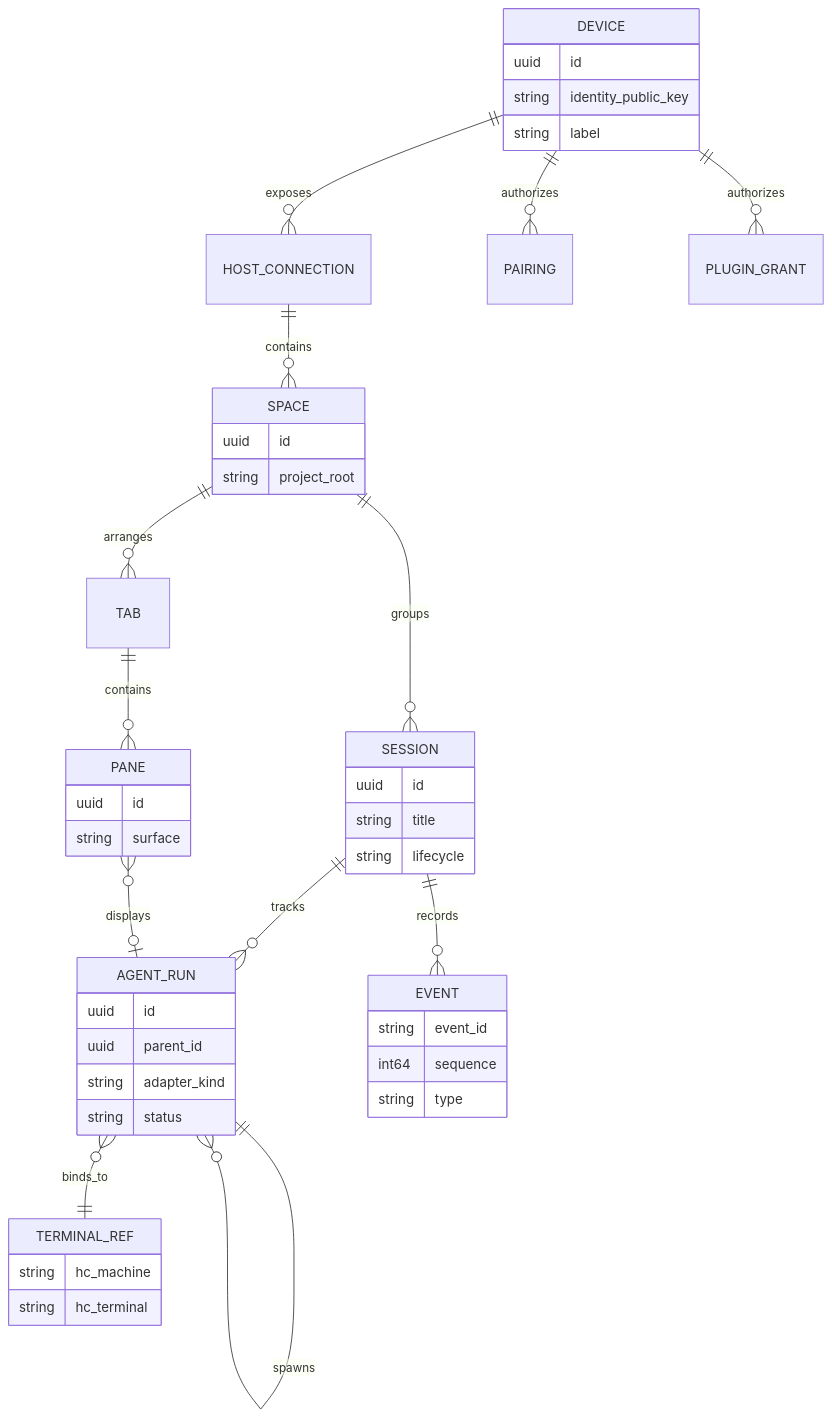
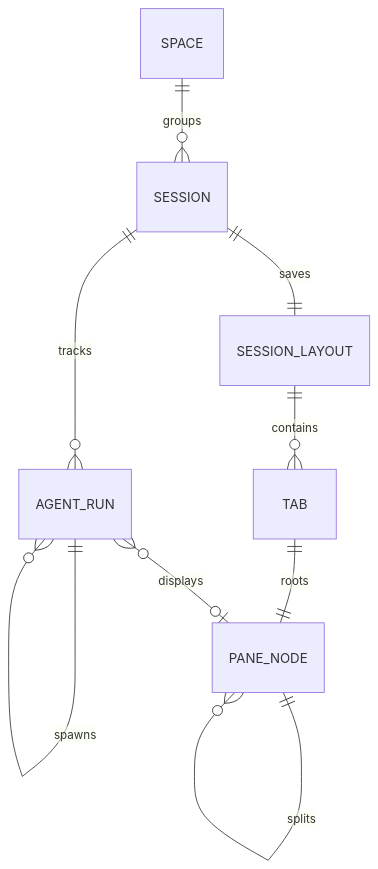
One commit to suj1e/ukk changed the diagram in docs/subsystems/domain-model.md. Above: the diagram before and after it, drawn with Mermaid. The commit also changed other lines of this file and 481 other files, not shown here.

````diff
--- a/docs/subsystems/domain-model.md
+++ b/docs/subsystems/domain-model.md
@@ -17,48 +29,11 @@
 ```mermaid
 erDiagram
-    DEVICE ||--o{ HOST_CONNECTION : exposes
-    DEVICE ||--o{ PAIRING : authorizes
-    HOST_CONNECTION ||--o{ SPACE : contains
     SPACE ||--o{ SESSION : groups
     SESSION ||--o{ AGENT_RUN : tracks
     AGENT_RUN ||--o{ AGENT_RUN : spawns
-    AGENT_RUN }o--|| TERMINAL_REF : binds_to
-    SPACE ||--o{ TAB : arranges
-    TAB ||--o{ PANE : contains
-    PANE }o--o| AGENT_RUN : displays
-    DEVICE ||--o{ PLUGIN_GRANT : authorizes
-    SESSION ||--o{ EVENT : records
-    DEVICE {
-      uuid id
-      string identity_public_key
-      string label
-    }
-    SPACE {
-      uuid id
-      string project_root
-    }
-    SESSION {
-      uuid id
-      string title
-      string lifecycle
-    }
-    AGENT_RUN {
-      uuid id
-      uuid parent_id
-      string adapter_kind
-      string status
-    }
-    TERMINAL_REF {
-      string hc_machine
-      string hc_terminal
-    }
-    PANE {
-      uuid id
-      string surface
-    }
-    EVENT {
-      string event_id
-      int64 sequence
-      string type
-    }
+    SESSION ||--|| SESSION_LAYOUT : saves
+    SESSION_LAYOUT ||--o{ TAB : contains
+    TAB ||--|| PANE_NODE : roots
+    PANE_NODE ||--o{ PANE_NODE : splits
+    AGENT_RUN }o--o| PANE_NODE : displays
 ```
````
